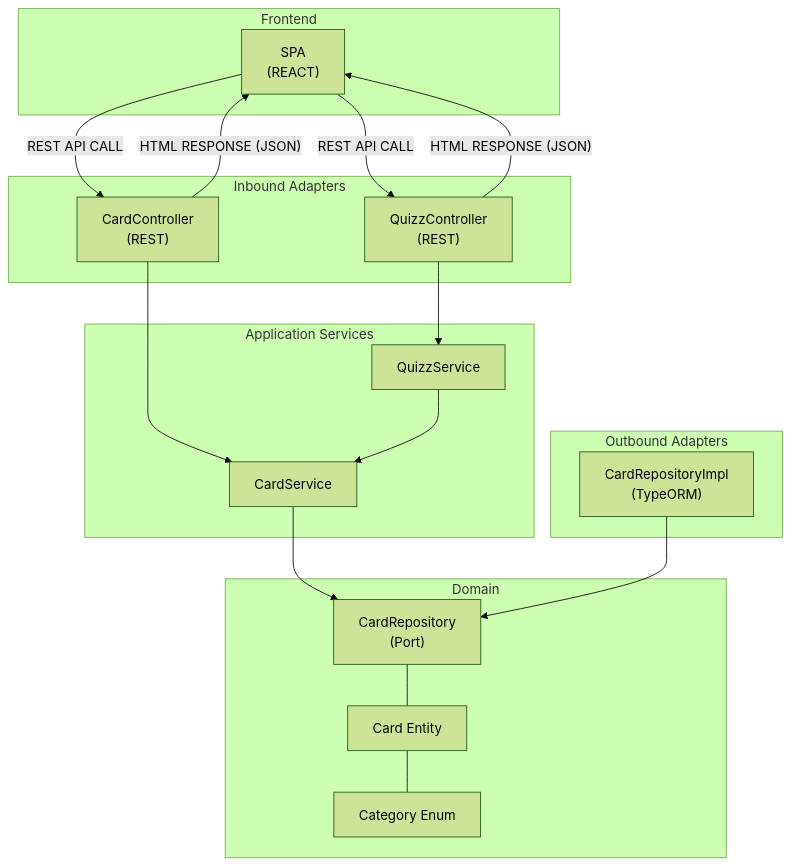
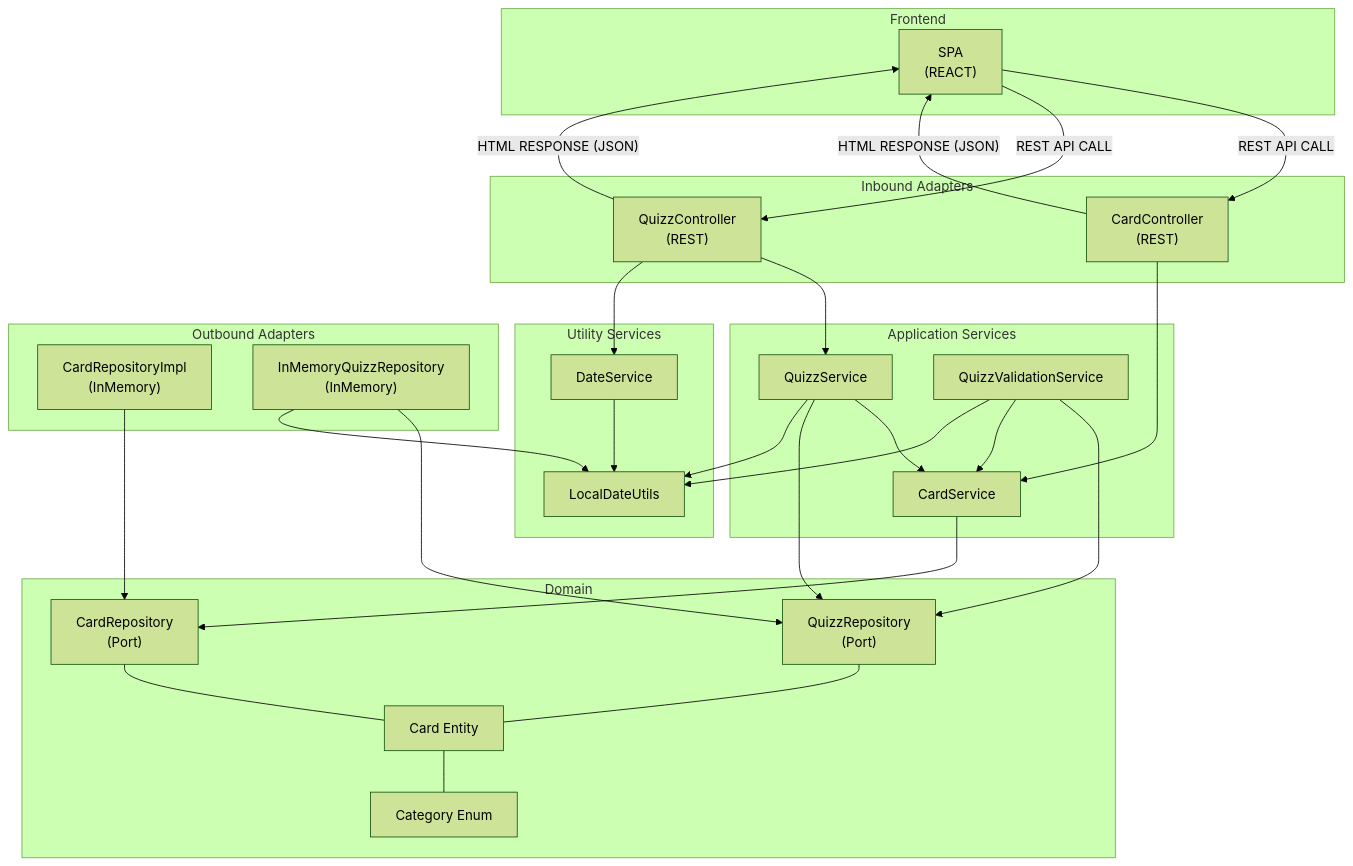
The diagram in anki-remastered-api/README.md (Mil0w0/anki-remastered-for-cloud), drawn with Mermaid (forest theme) before and after one commit.

````diff
--- a/anki-remastered-api/README.md
+++ b/anki-remastered-api/README.md
@@ -73,46 +73,66 @@
 ```mermaid
 flowchart TD
 
 %% Frontend
     subgraph Frontend [Frontend]
         SPA["SPA<br/>(REACT)"]
     end
 
 %% Inbound Adapters (Controllers)
     subgraph Inbound_Adapters [Inbound Adapters]
         CC["CardController<br/>(REST)"]
         QC["QuizzController<br/>(REST)"]
     end
 
 %% Application Services
     subgraph Application_Services [Application Services]
         CS[CardService]
         QS[QuizzService]
+        QVS[QuizzValidationService]
     end
 
 %% Domain Layer (Core Business Logic)
     subgraph Domain [Domain]
         CE[Card Entity]
         CAT[Category Enum]
         CRP["CardRepository<br/>(Port)"]
+        QRP["QuizzRepository<br/>(Port)"]
+    end
+
+%% Utility Services
+    subgraph Utils [Utility Services]
+        LU["LocalDateUtils"]
+        DS["DateService"]
     end
 
 %% Outbound Adapters (Persistence, etc.)
     subgraph Outbound_Adapters [Outbound Adapters]
-        CRI["CardRepositoryImpl<br/> (TypeORM)"]
+        CRI["CardRepositoryImpl<br/>(InMemory)"]
+        QRI["InMemoryQuizzRepository<br/>(InMemory)"]
     end
 
 %% Connections
     CC --> CS
     QC --> QS
     QS --> CS
+    QS --> QRP
+    QVS --> QRP
+    QVS --> CS
     CS --> CRP
     CRI --> CRP
+    QRI --> QRP
     SPA -- REST API CALL --> CC
     SPA -- REST API CALL --> QC
-    QC -- HTML RESPONSE (JSON) --> SPA
-    CC -- HTML RESPONSE (JSON) --> SPA
+    QC -- "HTML RESPONSE (JSON)" --> SPA
+    CC -- "HTML RESPONSE (JSON)" --> SPA
 %% Domain internal relationships
     CRP --- CE
+    QRP --- CE
     CE --- CAT
+%% Utility Connections
+    QS --> LU
+    QVS --> LU
+    QRI --> LU
+    DS --> LU
+    QC --> DS
 ```
````
